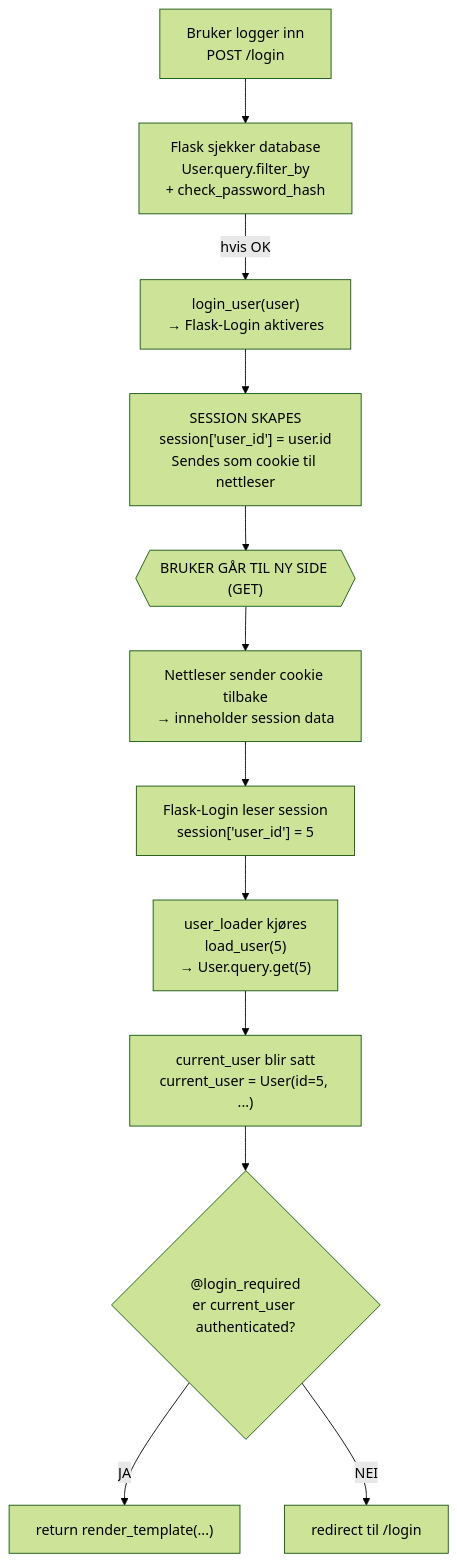
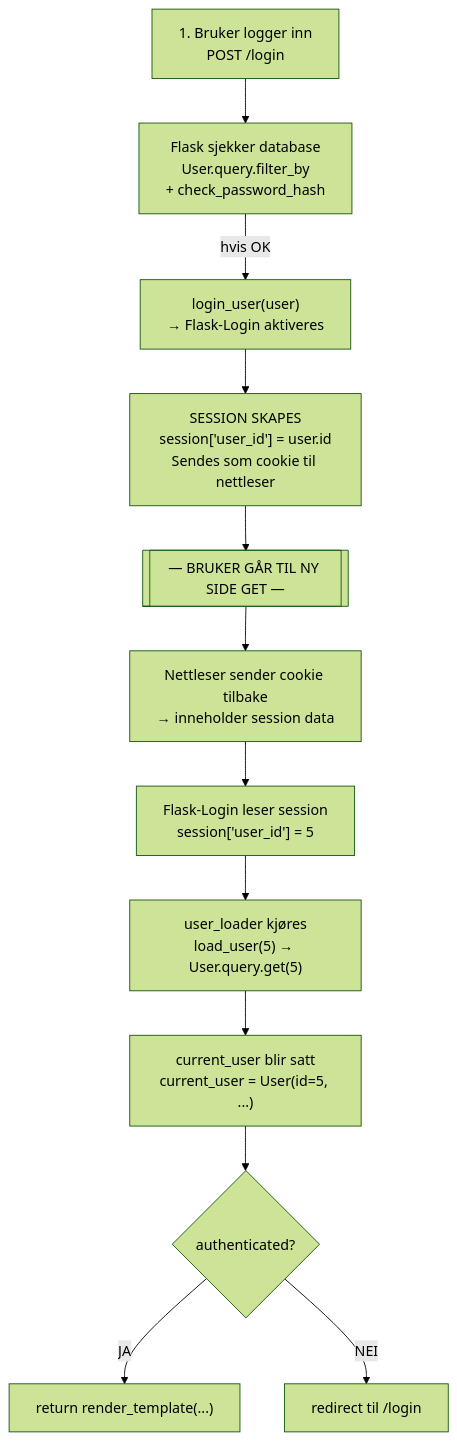
The diagram in Notater/app_py_notater.md (arhea502/Prosjekt_2), drawn with Mermaid (forest theme) before and after one commit.

````diff
--- a/Notater/app_py_notater.md
+++ b/Notater/app_py_notater.md
@@ -137,20 +137,20 @@
 ```mermaid
 flowchart TD
-    A["Bruker logger inn\nPOST /login"] --> B
+    A["1. Bruker logger inn\nPOST /login"] --> B
     B["Flask sjekker database\nUser.query.filter_by\n+ check_password_hash"] -->|hvis OK| C
     C["login_user(user)\n→ Flask-Login aktiveres"] --> D
     D["SESSION SKAPES\nsession['user_id'] = user.id\nSendes som cookie til nettleser"] --> E
 
-    E{{"BRUKER GÅR TIL NY SIDE (GET)"}} --> F
+    E[["— BRUKER GÅR TIL NY SIDE GET —"]] --> F
 
     F["Nettleser sender cookie tilbake\n→ inneholder session data"] --> G
     G["Flask-Login leser session\nsession['user_id'] = 5"] --> H
-    H["user_loader kjøres\nload_user(5)\n→ User.query.get(5)"] --> I
+    H["user_loader kjøres\nload_user(5) → User.query.get(5)"] --> I
     I["current_user blir satt\ncurrent_user = User(id=5, ...)"] --> J
 
-    J{"@login_required\ner current_user authenticated?"} -->|JA| K
+    J{"authenticated?"} -->|JA| K
     J -->|NEI| L
 
     K["return render_template(...)"]
     L["redirect til /login"]
 ```
````
